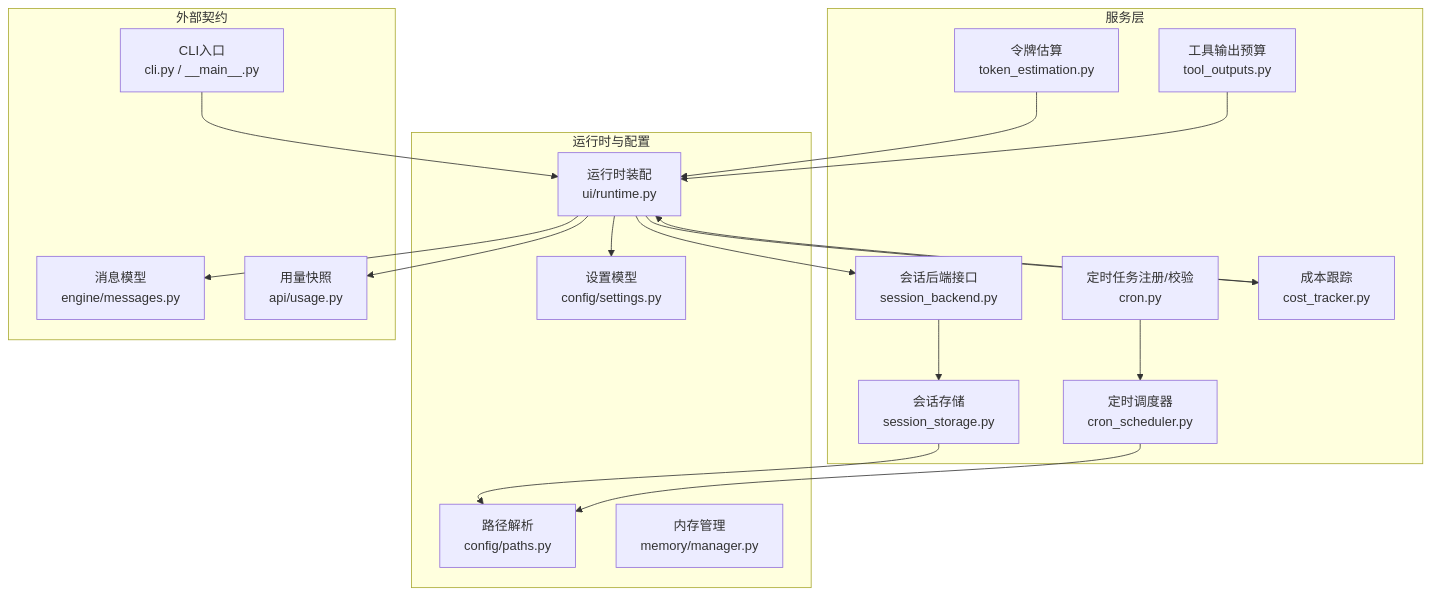
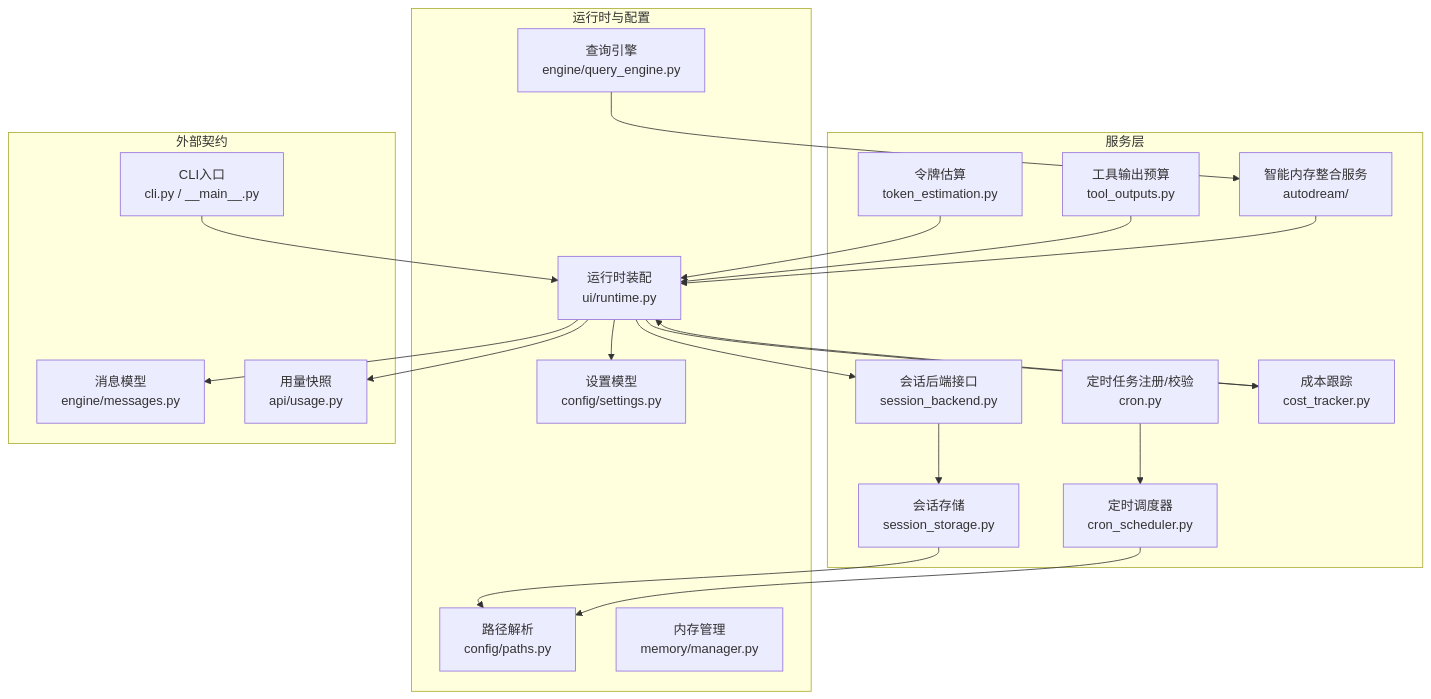
One commit to tea4go/OpenHarness changed the first of 8 diagrams in .qoder/repowiki/zh/content/服务系统/服务系统.md. Above: the diagram before and after it, drawn with Mermaid. The commit also changed other lines of this file and 4 other files, not shown here.

First line of the commit message:
docs(ui): 增强UI运行时与图像生成工具支持

````diff
--- a/.qoder/repowiki/zh/content/服务系统/服务系统.md
+++ b/.qoder/repowiki/zh/content/服务系统/服务系统.md
@@ -50,36 +57,40 @@
 ```mermaid
 graph TB
 subgraph "服务层"
 S1["会话存储<br/>session_storage.py"]
 S2["会话后端接口<br/>session_backend.py"]
 S3["令牌估算<br/>token_estimation.py"]
 S4["工具输出预算<br/>tool_outputs.py"]
 S5["定时任务注册/校验<br/>cron.py"]
 S6["定时调度器<br/>cron_scheduler.py"]
 S7["成本跟踪<br/>cost_tracker.py"]
+S8["智能内存整合服务<br/>autodream/"]
 end
 subgraph "运行时与配置"
 R1["运行时装配<br/>ui/runtime.py"]
 C1["设置模型<br/>config/settings.py"]
 C2["路径解析<br/>config/paths.py"]
 M1["内存管理<br/>memory/manager.py"]
+E1["查询引擎<br/>engine/query_engine.py"]
 end
 subgraph "外部契约"
-E1["消息模型<br/>engine/messages.py"]
-E2["用量快照<br/>api/usage.py"]
+MSG["消息模型<br/>engine/messages.py"]
+USG["用量快照<br/>api/usage.py"]
 CLI["CLI入口<br/>cli.py / __main__.py"]
 end
 S2 --> S1
 S1 --> C2
 S3 --> R1
 S4 --> R1
 S5 --> S6
 S6 --> C2
 S7 --> R1
+S8 --> R1
 R1 --> S2
 R1 --> S7
-R1 --> E1
-R1 --> E2
+R1 --> MSG
+R1 --> USG
 R1 --> C1
+E1 --> S8
 CLI --> R1
 ```
````
